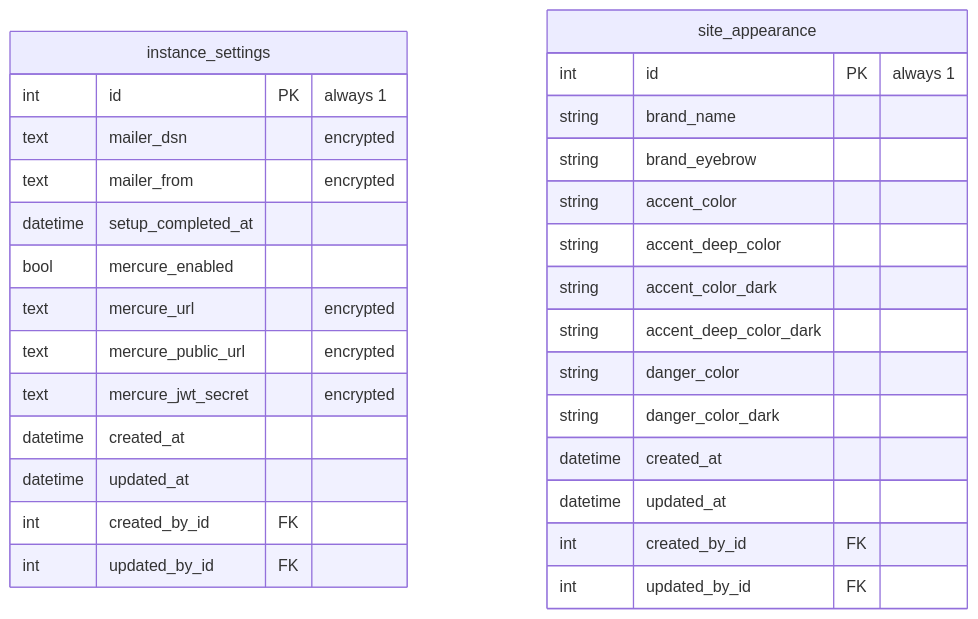
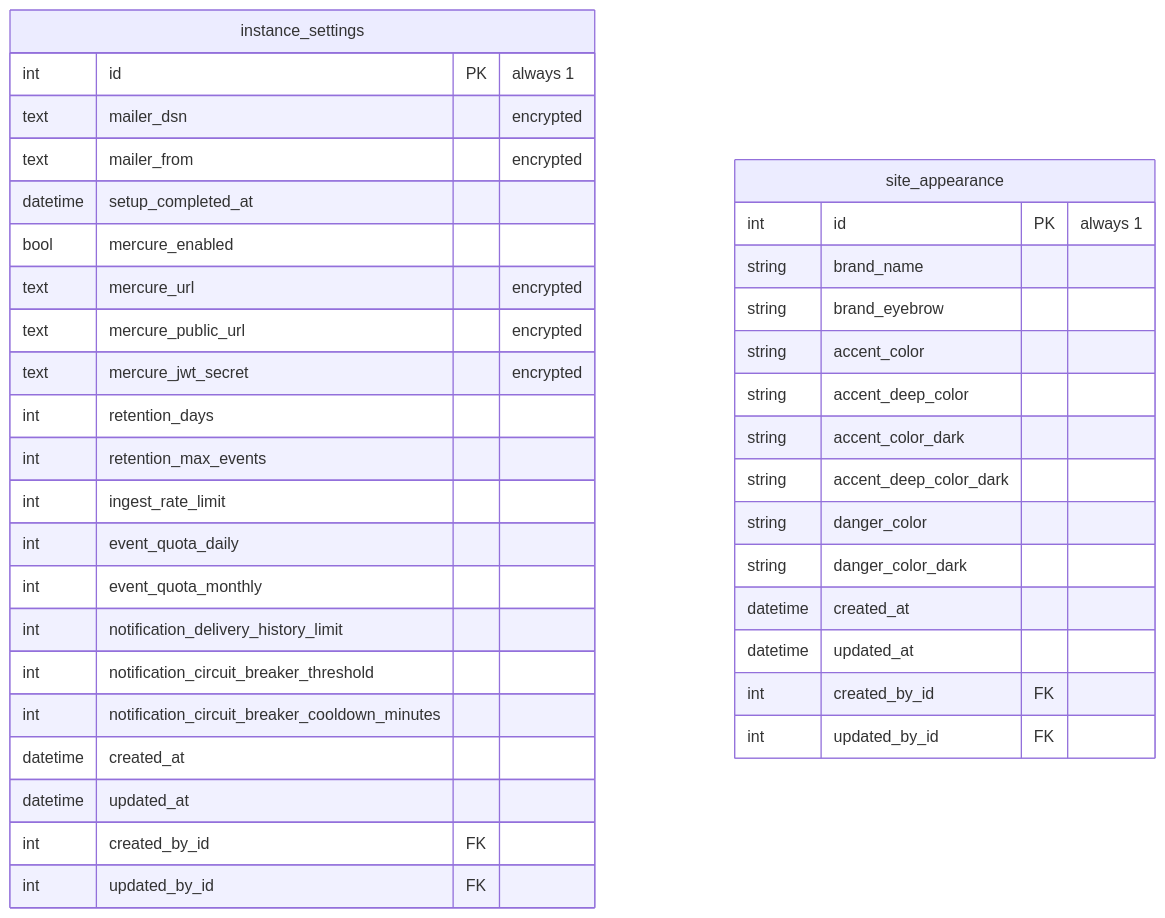
One commit to nowo-tech/symfony-beacon changed the seventh of 7 diagrams in docs/DATABASE.md. Above: the diagram before and after it, drawn with Mermaid. The commit also changed other lines of this file and 62 other files, not shown here.

````diff
--- a/docs/DATABASE.md
+++ b/docs/DATABASE.md
@@ -426,33 +426,41 @@
 ```mermaid
 erDiagram
     instance_settings {
         int id PK "always 1"
         text mailer_dsn "encrypted"
         text mailer_from "encrypted"
         datetime setup_completed_at
         bool mercure_enabled
         text mercure_url "encrypted"
         text mercure_public_url "encrypted"
         text mercure_jwt_secret "encrypted"
+        int retention_days
+        int retention_max_events
+        int ingest_rate_limit
+        int event_quota_daily
+        int event_quota_monthly
+        int notification_delivery_history_limit
+        int notification_circuit_breaker_threshold
+        int notification_circuit_breaker_cooldown_minutes
         datetime created_at
         datetime updated_at
         int created_by_id FK
         int updated_by_id FK
     }
 
     site_appearance {
         int id PK "always 1"
         string brand_name
         string brand_eyebrow
         string accent_color
         string accent_deep_color
         string accent_color_dark
         string accent_deep_color_dark
         string danger_color
         string danger_color_dark
         datetime created_at
         datetime updated_at
         int created_by_id FK
         int updated_by_id FK
     }
 ```
````
